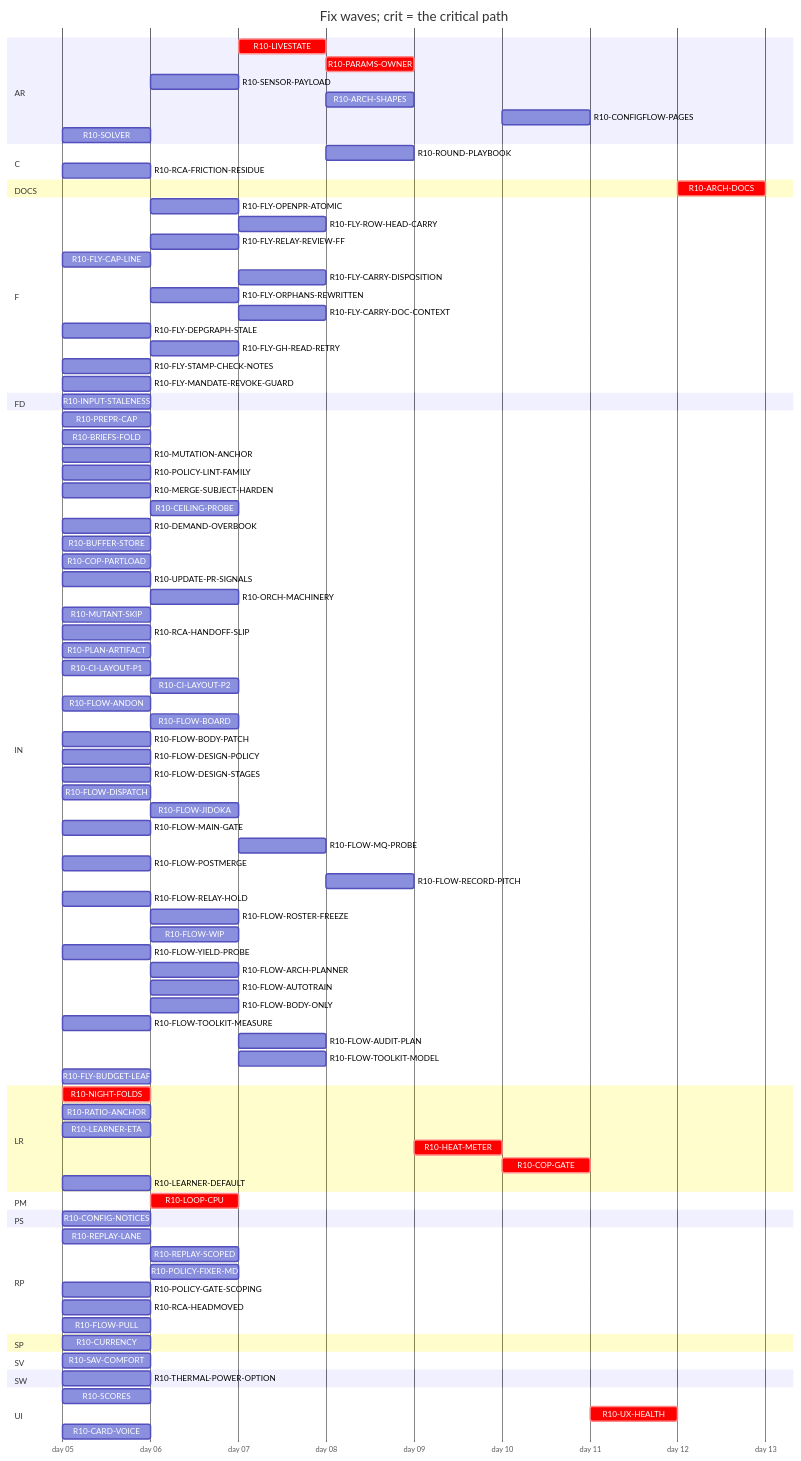
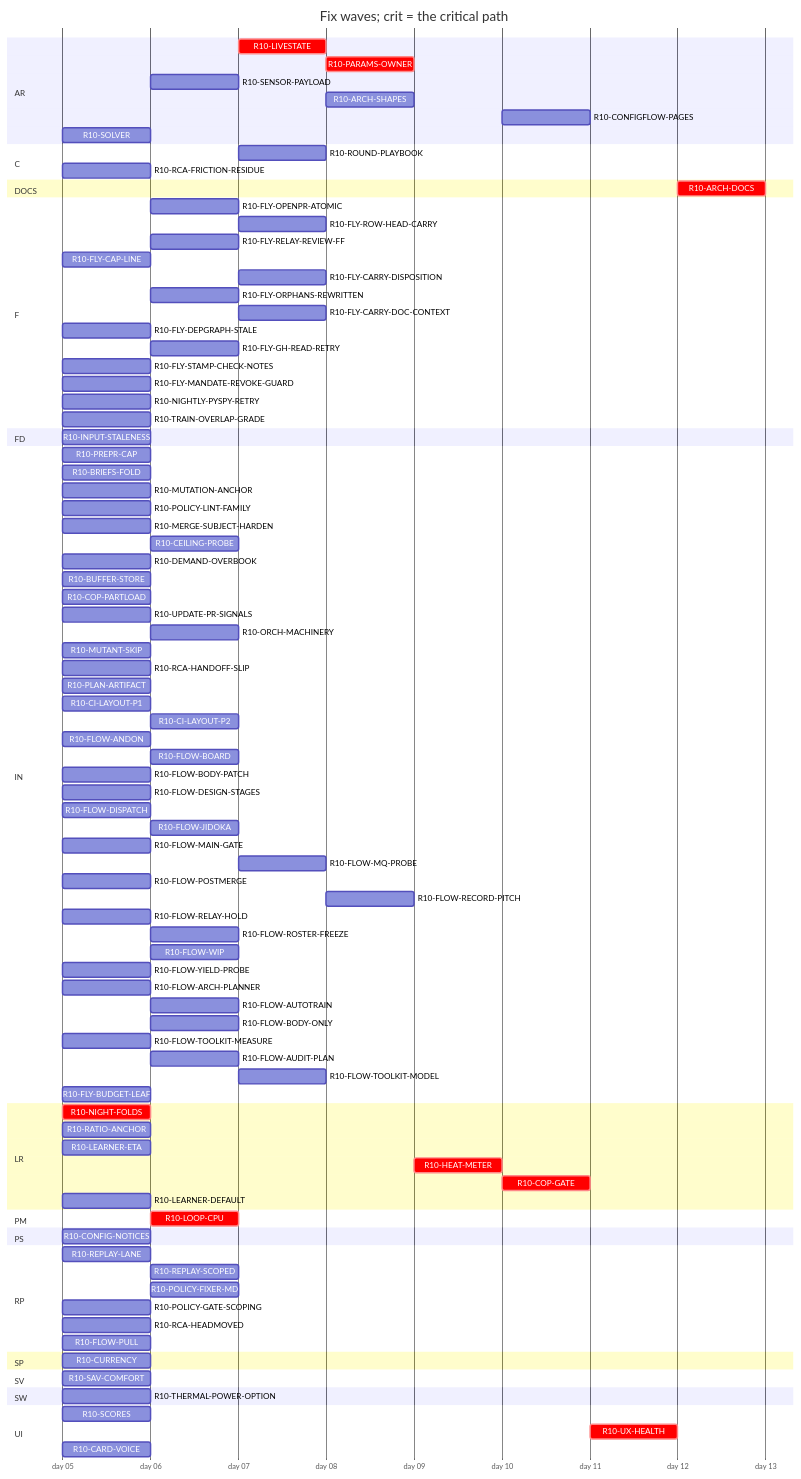
The diagram in handoff/round10/state/PLAN-TABLE.md (tvofi/heatpump_optimizer), drawn with Mermaid before and after one commit. The commit also changed other lines of this file and 2 other files, not shown here.

```diff
--- a/handoff/round10/state/PLAN-TABLE.md
+++ b/handoff/round10/state/PLAN-TABLE.md
@@ -53,6 +53,8 @@
     R10-FLY-GH-READ-RETRY :r10FLYGHREADRETRY, after r10CILAYOUTP1 r10FLOWMAINGATE r10UPDATEPRSIGNALS, 1d
     R10-FLY-STAMP-CHECK-NOTES :r10FLYSTAMPCHECKNOTES, 2026-01-05, 1d
     R10-FLY-MANDATE-REVOKE-GUARD :r10FLYMANDATEREVOKEGUARD, 2026-01-05, 1d
+    R10-NIGHTLY-PYSPY-RETRY :r10NIGHTLYPYSPYRETRY, 2026-01-05, 1d
+    R10-TRAIN-OVERLAP-GRADE :r10TRAINOVERLAPGRADE, 2026-01-05, 1d
   section FD
     R10-INPUT-STALENESS :r10INPUTSTALENESS, 2026-01-05, 1d
   section IN
@@ -75,7 +77,6 @@
     R10-FLOW-ANDON :r10FLOWANDON, 2026-01-05, 1d
     R10-FLOW-BOARD :r10FLOWBOARD, after r10PLANARTIFACT, 1d
     R10-FLOW-BODY-PATCH :r10FLOWBODYPATCH, 2026-01-05, 1d
-    R10-FLOW-DESIGN-POLICY :r10FLOWDESIGNPOLICY, 2026-01-05, 1d
     R10-FLOW-DESIGN-STAGES :r10FLOWDESIGNSTAGES, 2026-01-05, 1d
     R10-FLOW-DISPATCH :r10FLOWDISPATCH, 2026-01-05, 1d
     R10-FLOW-JIDOKA :r10FLOWJIDOKA, after r10PREPRCAP, 1d
@@ -87,7 +88,7 @@
     R10-FLOW-ROSTER-FREEZE :r10FLOWROSTERFREEZE, after r10FLOWRELAYHOLD, 1d
     R10-FLOW-WIP :r10FLOWWIP, after r10FLOWPULL, 1d
     R10-FLOW-YIELD-PROBE :r10FLOWYIELDPROBE, 2026-01-05, 1d
-    R10-FLOW-ARCH-PLANNER :r10FLOWARCHPLANNER, after r10FLOWDESIGNPOLICY, 1d
+    R10-FLOW-ARCH-PLANNER :r10FLOWARCHPLANNER, 2026-01-05, 1d
     R10-FLOW-AUTOTRAIN :r10FLOWAUTOTRAIN, after r10FLOWPULL, 1d
     R10-FLOW-BODY-ONLY :r10FLOWBODYONLY, after r10UPDATEPRSIGNALS r10FLOWBODYPATCH, 1d
     R10-FLOW-TOOLKIT-MEASURE :r10FLOWTOOLKITMEASURE, 2026-01-05, 1d
```
